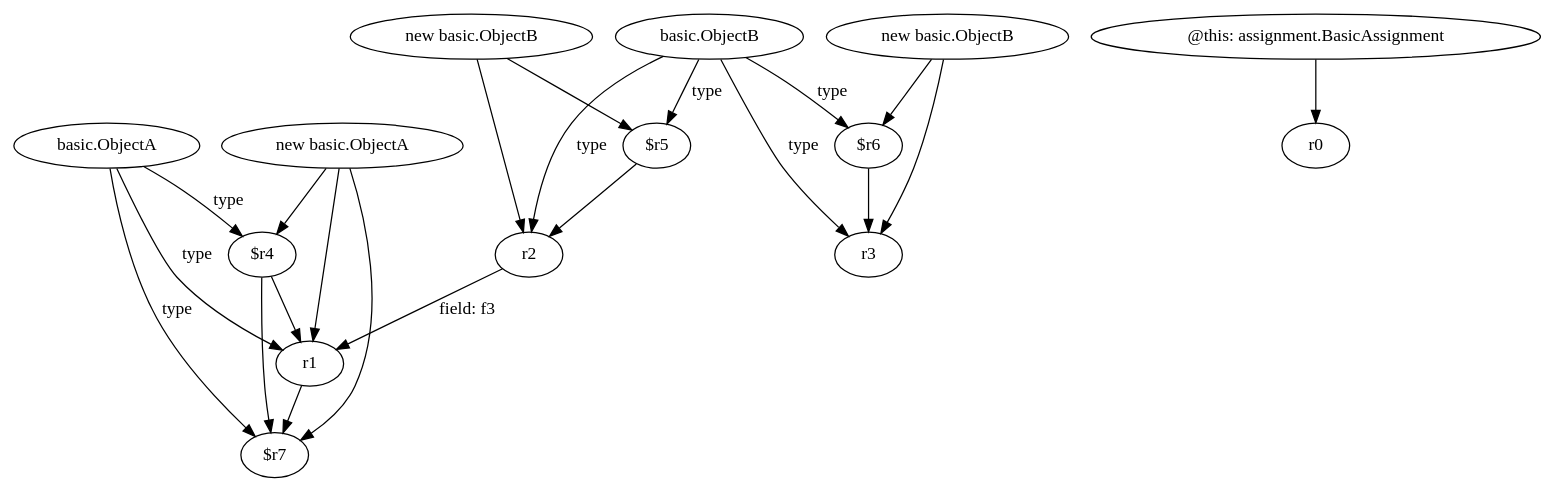
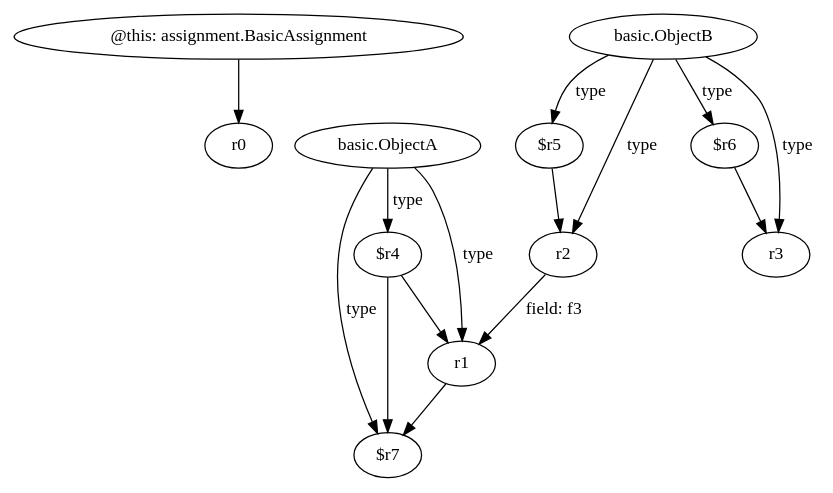
The diagram in relation2/<assignment.BasicAssignment: void field2param()>.dot (SeanCoek/zString), drawn with Graphviz before and after one commit. The commit also changed 34 other files, not shown here.

Commit message:
update graph

```diff
--- a/relation2/<assignment.BasicAssignment: void field2param()>.dot
+++ b/relation2/<assignment.BasicAssignment: void field2param()>.dot
@@ -1,37 +1,27 @@
 digraph g {
-0[label="new basic.ObjectA"]
-1[label="$r4"]
+0[label="@this: assignment.BasicAssignment"]
+1[label="r0"]
 0->1[label=""]
-2[label="new basic.ObjectB"]
-3[label="r2"]
-2->3[label=""]
-4[label="$r5"]
-2->4[label=""]
-5[label="new basic.ObjectB"]
-6[label="r3"]
-5->6[label=""]
-7[label="basic.ObjectA"]
-8[label="r1"]
-7->8[label="type"]
-9[label="$r7"]
-0->9[label=""]
-7->1[label="type"]
-10[label="basic.ObjectB"]
-10->4[label="type"]
-0->8[label=""]
+2[label="basic.ObjectA"]
+3[label="r1"]
+2->3[label="type"]
+4[label="$r4"]
+2->4[label="type"]
+5[label="basic.ObjectB"]
+6[label="$r5"]
+5->6[label="type"]
+7[label="r2"]
+6->7[label=""]
+5->7[label="type"]
+8[label="$r7"]
+2->8[label="type"]
 4->3[label=""]
-10->3[label="type"]
-7->9[label="type"]
-1->8[label=""]
-11[label="@this: assignment.BasicAssignment"]
-12[label="r0"]
-11->12[label=""]
-13[label="$r6"]
-5->13[label=""]
-8->9[label=""]
-10->6[label="type"]
-10->13[label="type"]
-13->6[label=""]
-3->8[label="field: f3"]
-1->9[label=""]
+3->8[label=""]
+9[label="r3"]
+5->9[label="type"]
+10[label="$r6"]
+5->10[label="type"]
+10->9[label=""]
+7->3[label="field: f3"]
+4->8[label=""]
 }
```
